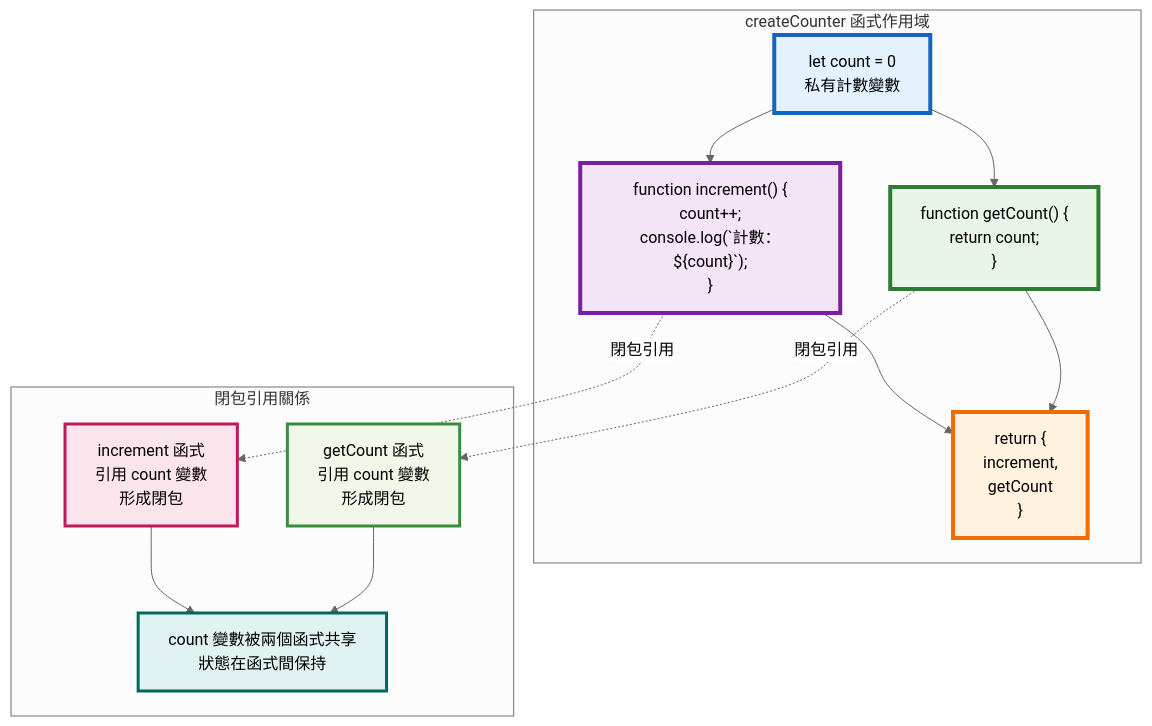
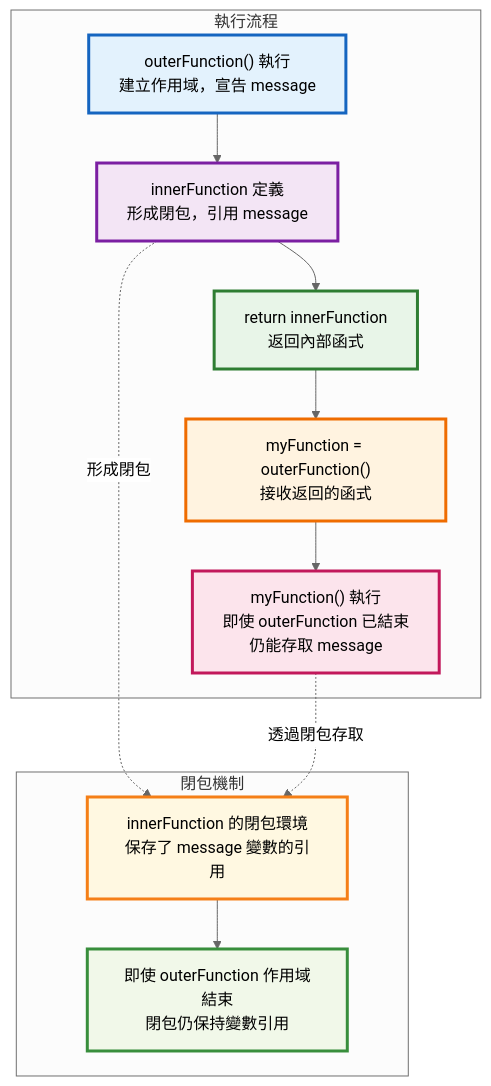
One commit to summer10920/summer10920.github.io changed the first of 5 diagrams in source/_posts/lokiTech-js-baseclass-2.md. Above: the diagram before and after it, drawn with Mermaid (neutral theme). The commit also changed other lines of this file and 1 other file, not shown here.

```diff
--- a/source/_posts/lokiTech-js-baseclass-2.md
+++ b/source/_posts/lokiTech-js-baseclass-2.md
@@ -1148,32 +962,31 @@
 {% mermaid graph TD %}
-    subgraph "createCounter 函式作用域"
-        A["let count = 0<br/>私有計數變數"]
-        B["function increment() {<br/>count++;<br/>console.log(`計數：${count}`);<br/>}"]
-        C["function getCount() {<br/>return count;<br/>}"]
-        D["return {<br/>increment,<br/>getCount<br/>}"]
+    subgraph "執行流程"
+        A["outerFunction() 執行<br/>建立作用域，宣告 message"]
+        B["innerFunction 定義<br/>形成閉包，引用 message"]
+        C["return innerFunction<br/>返回內部函式"]
+        D["myFunction = outerFunction()<br/>接收返回的函式"]
+        E["myFunction() 執行<br/>即使 outerFunction 已結束<br/>仍能存取 message"]
     end
     
-    subgraph "閉包引用關係"
-        E["increment 函式<br/>引用 count 變數<br/>形成閉包"]
-        F["getCount 函式<br/>引用 count 變數<br/>形成閉包"]
-        G["count 變數被兩個函式共享<br/>狀態在函式間保持"]
+    subgraph "閉包機制"
+        F["innerFunction 的閉包環境<br/>保存了 message 變數的引用"]
+        G["即使 outerFunction 作用域結束<br/>閉包仍保持變數引用"]
     end
     
     A --> B
-    A --> C
-    B --> D
+    B --> C
     C --> D
+    D --> E
     
-    B -.->|"閉包引用"| E
-    C -.->|"閉包引用"| F
-    E --> G
+    B -.->|"形成閉包"| F
     F --> G
+    E -.->|"透過閉包存取"| F
     
-    style A fill:#e3f2fd,stroke:#1565c0,stroke-width:4px
-    style B fill:#f3e5f5,stroke:#7b1fa2,stroke-width:4px
-    style C fill:#e8f5e8,stroke:#2e7d32,stroke-width:4px
-    style D fill:#fff3e0,stroke:#ef6c00,stroke-width:4px
+    style A fill:#e3f2fd,stroke:#1565c0,stroke-width:3px
+    style B fill:#f3e5f5,stroke:#7b1fa2,stroke-width:3px
+    style C fill:#e8f5e8,stroke:#2e7d32,stroke-width:3px
+    style D fill:#fff3e0,stroke:#ef6c00,stroke-width:3px
     style E fill:#fce4ec,stroke:#c2185b,stroke-width:3px
-    style F fill:#f1f8e9,stroke:#388e3c,stroke-width:3px
-    style G fill:#e0f2f1,stroke:#00695c,stroke-width:3px
+    style F fill:#fff8e1,stroke:#f57f17,stroke-width:3px
+    style G fill:#f1f8e9,stroke:#388e3c,stroke-width:3px
 {% endmermaid %}
```
